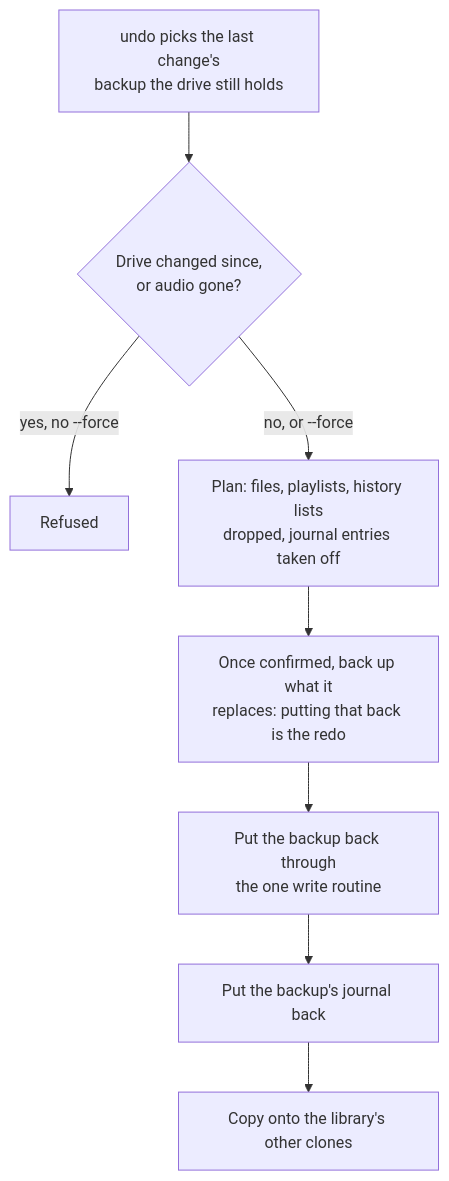
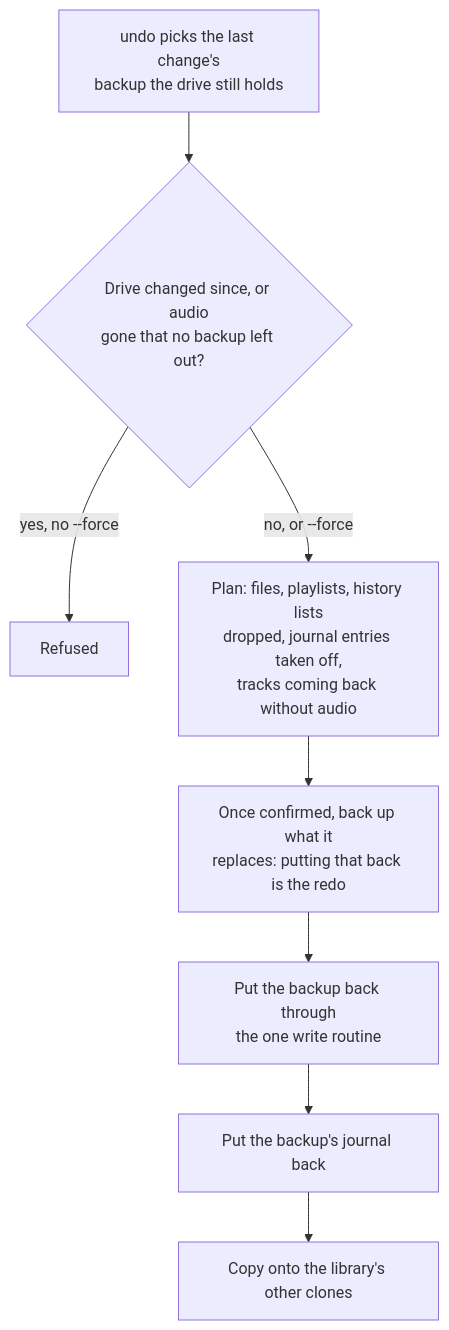
Before and after one commit to cutenode/localnetwork: the tenth of 19 diagrams in apps/locallibrary/docs/diagrams/changing-drives.md, drawn with Mermaid. The commit also changed other lines of this file and 33 other files, not shown here.

````diff
--- a/apps/locallibrary/docs/diagrams/changing-drives.md
+++ b/apps/locallibrary/docs/diagrams/changing-drives.md
@@ -233,10 +233,10 @@
 ```mermaid
 flowchart TD
-    pick["undo picks the last change's<br/>backup the drive still holds"] --> changed{"Drive changed since,<br/>or audio gone?"}
+    pick["undo picks the last change's<br/>backup the drive still holds"] --> changed{"Drive changed since, or audio<br/>gone that no backup left out?"}
     changed -->|"yes, no --force"| refused["Refused"]
-    changed -->|"no, or --force"| plan["Plan: files, playlists, history lists<br/>dropped, journal entries taken off"]
+    changed -->|"no, or --force"| plan["Plan: files, playlists, history lists<br/>dropped, journal entries taken off,<br/>tracks coming back without audio"]
     plan --> redo["Once confirmed, back up what it<br/>replaces: putting that back is the redo"]
     redo --> write["Put the backup back through<br/>the one write routine"]
     write --> journal["Put the backup's journal back"]
     journal --> clones["Copy onto the library's other clones"]
 ```
````
